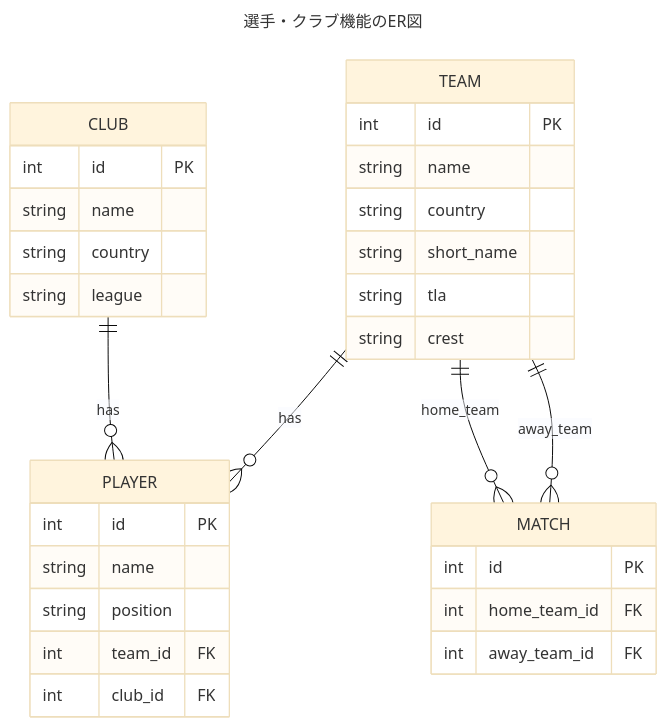
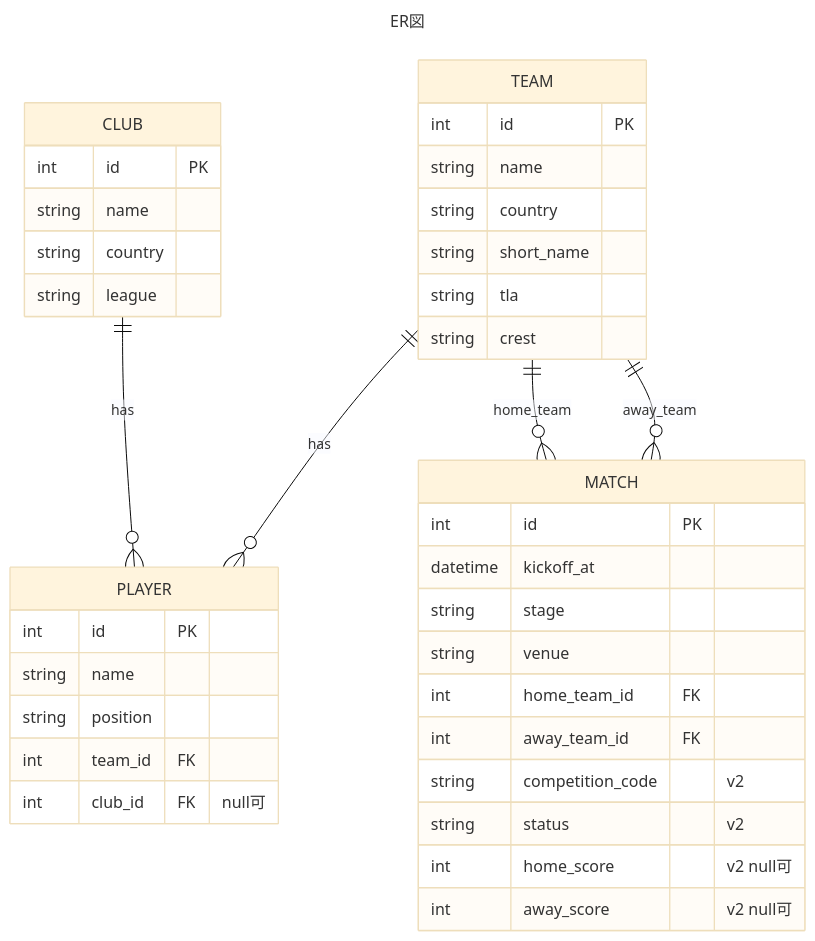
Before and after one commit to shinkai23/football-callender: the diagram in docs/DB設計.md, drawn with Mermaid (base theme). The commit also changed other lines of this file and 2 other files, not shown here.

Commit message:
docs: v2向けに要件定義と試合まわりの設計書を更新
v2の実装範囲・データ方針を要件定義に追記し、Matchのモデル/スキーマとDB ER図を現状とv2予定に合わせて整理する。

````diff
--- a/docs/DB設計.md
+++ b/docs/DB設計.md
@@ -10,40 +11,47 @@
 ```mermaid
 ---
-title: "選手・クラブ機能のER図"
+title: "ER図"
 ---
 erDiagram
     CLUB ||--o{ PLAYER :"has"
     TEAM ||--o{ PLAYER :"has"
     TEAM ||--o{ MATCH :"home_team"
     TEAM ||--o{ MATCH :"away_team"
 
     TEAM {
         int id PK
         string name
         string country
         string short_name
         string tla
         string crest
     }
 
     PLAYER {
         int id PK
         string name
         string position
         int team_id FK
-        int club_id FK
+        int club_id FK "null可"
     }
 
     CLUB {
         int id PK
         string name
         string country
         string league
     }
 
     MATCH {
         int id PK
+        datetime kickoff_at
+        string stage
+        string venue
         int home_team_id FK
         int away_team_id FK
+        string competition_code "v2"
+        string status "v2"
+        int home_score "v2 null可"
+        int away_score "v2 null可"
     }
 ```
````
